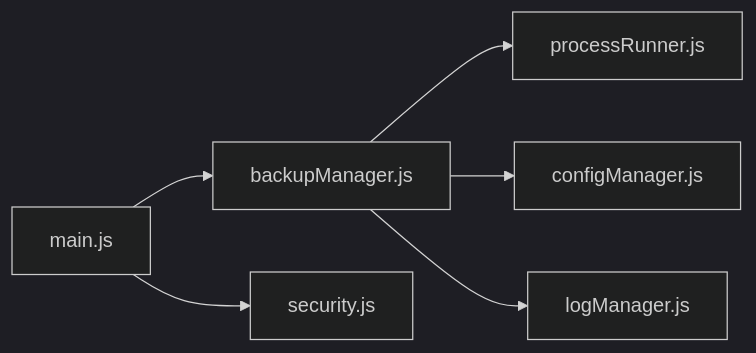
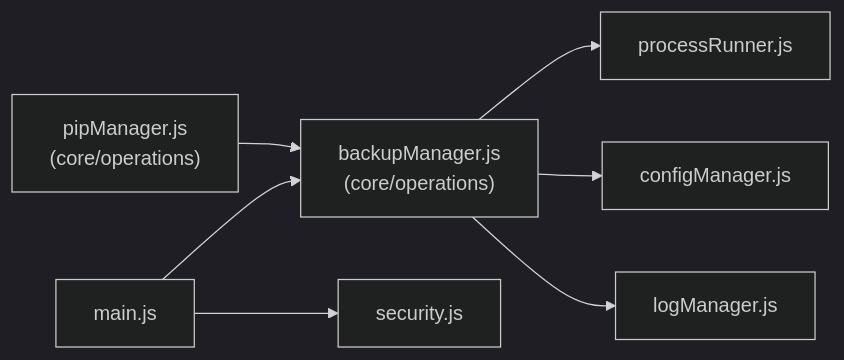
The ninth of 9 diagrams in docs/en/content/Advanced Features/Backup & Recovery System.md (SoftheartedYYC/PyLibMaster), drawn with Mermaid (dark theme) before and after one commit. The commit also changed other lines of this file and 72 other files, not shown here.

````diff
--- a/docs/en/content/Advanced Features/Backup & Recovery System.md
+++ b/docs/en/content/Advanced Features/Backup & Recovery System.md
@@ -311,8 +329,9 @@
 ```mermaid
 graph LR
-BM["backupManager.js"] --> PR["processRunner.js"]
+BM["backupManager.js<br/>(core/operations)"] --> PR["processRunner.js"]
 BM --> CFG["configManager.js"]
 BM --> LOG["logManager.js"]
+PM["pipManager.js<br/>(core/operations)"] --> BM
 MAIN["main.js"] --> BM
 MAIN --> SEC["security.js"]
 ```
````
